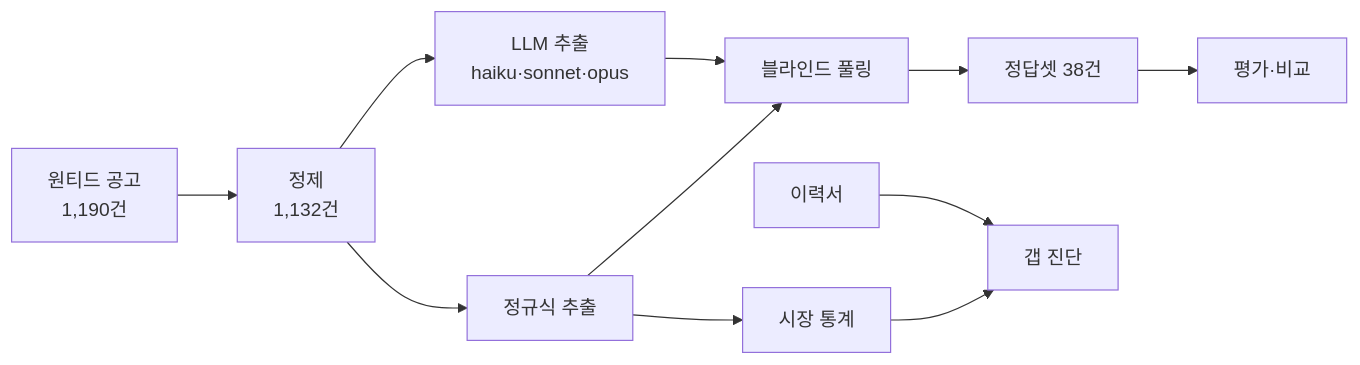
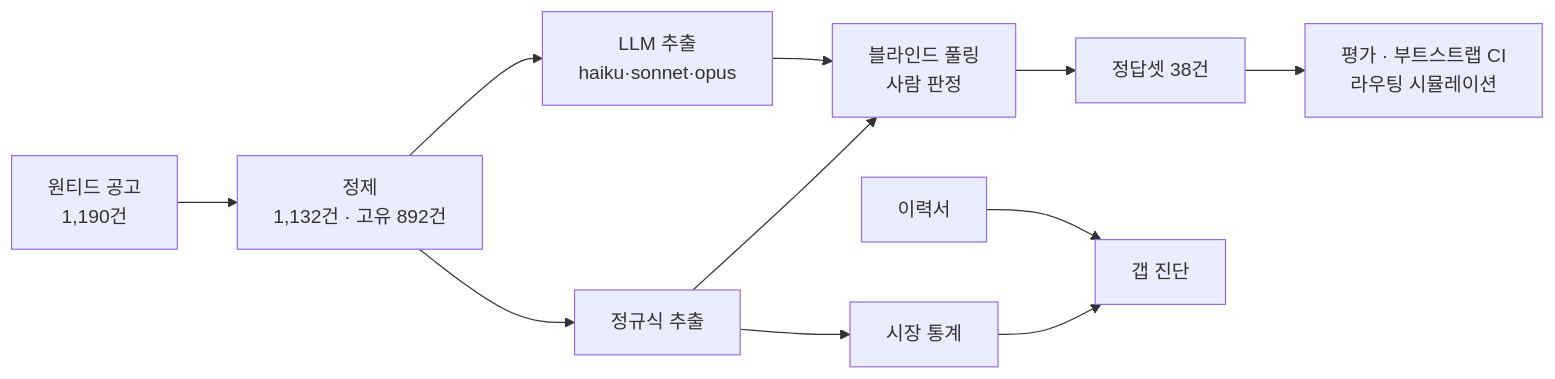
The diagram in README.md (kevin2483/Careerfit), drawn with Mermaid before and after one commit. The commit also changed other lines of this file and 5 other files, not shown here.

````diff
--- a/README.md
+++ b/README.md
@@ -81,13 +90,13 @@
 ```mermaid
 flowchart LR
-    A[원티드 공고<br/>1,190건] --> B[정제<br/>1,132건]
+    A[원티드 공고<br/>1,190건] --> B[정제<br/>1,132건 · 고유 892건]
     B --> C[정규식 추출]
     B --> D[LLM 추출<br/>haiku·sonnet·opus]
-    C --> E[블라인드 풀링]
+    C --> E[블라인드 풀링<br/>사람 판정]
     D --> E
     E --> F[정답셋 38건]
-    F --> G[평가·비교]
+    F --> G[평가 · 부트스트랩 CI<br/>라우팅 시뮬레이션]
     C --> H[시장 통계]
     H --> I[갭 진단]
     J[이력서] --> I
 ```
````
